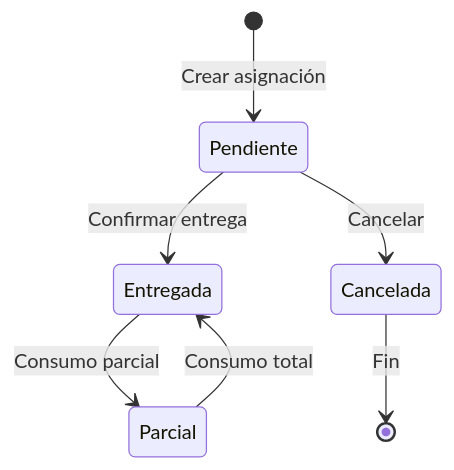
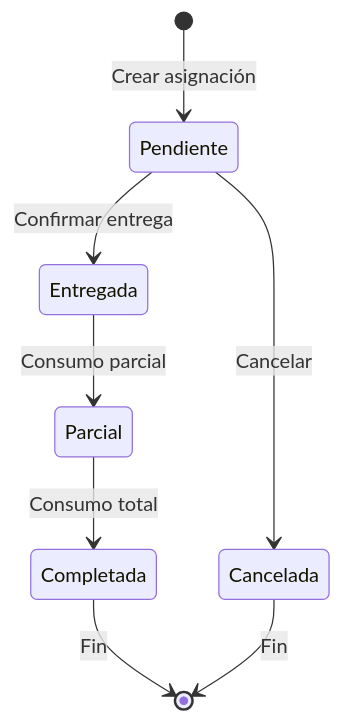
The third of 4 diagrams in docs/09_state_machines.ru.md (ybotet/SISGAD5_1.0), drawn with Mermaid before and after one commit. The commit also changed other lines of this file and 1 other file, not shown here.

First line of the commit message:
docs(09): maquinas de estado v2.0 — estado Completada, roles Probador/Supervisor/Analista materiales

````diff
--- a/docs/09_state_machines.ru.md
+++ b/docs/09_state_machines.ru.md
@@ -153,9 +180,10 @@
 ```mermaid
 stateDiagram-v2
     [*] --> Pendiente: Crear asignación
     Pendiente --> Entregada: Confirmar entrega
     Pendiente --> Cancelada: Cancelar
     Entregada --> Parcial: Consumo parcial
-    Parcial --> Entregada: Consumo total
+    Parcial --> Completada: Consumo total
+    Completada --> [*]: Fin
     Cancelada --> [*]: Fin
 ```
````
